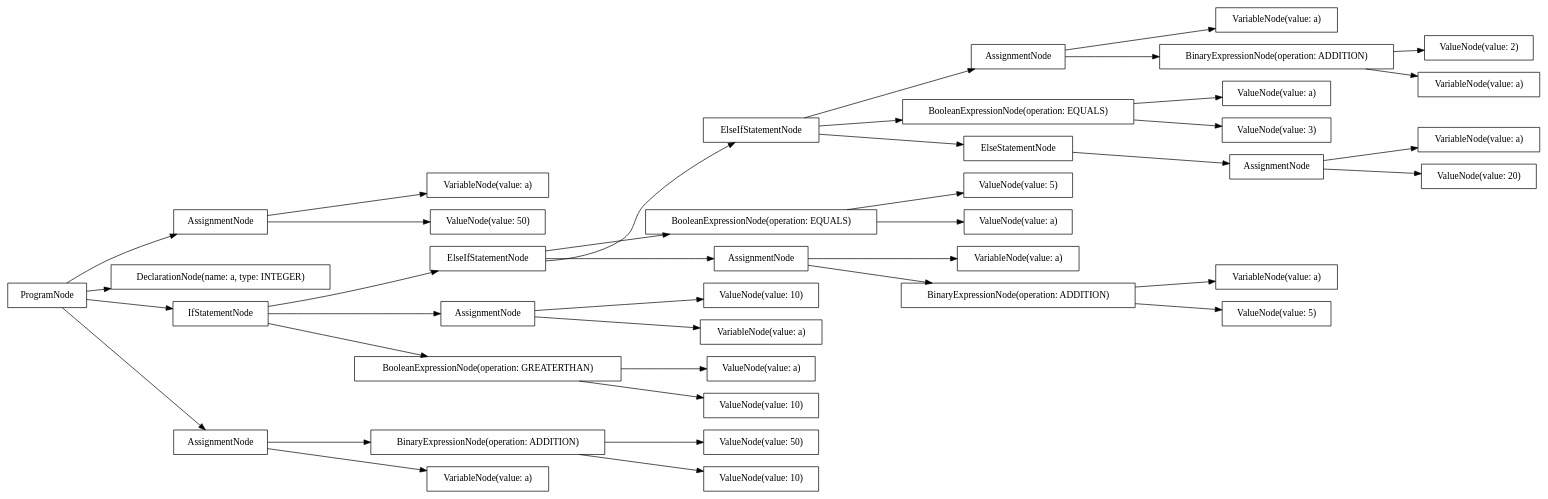
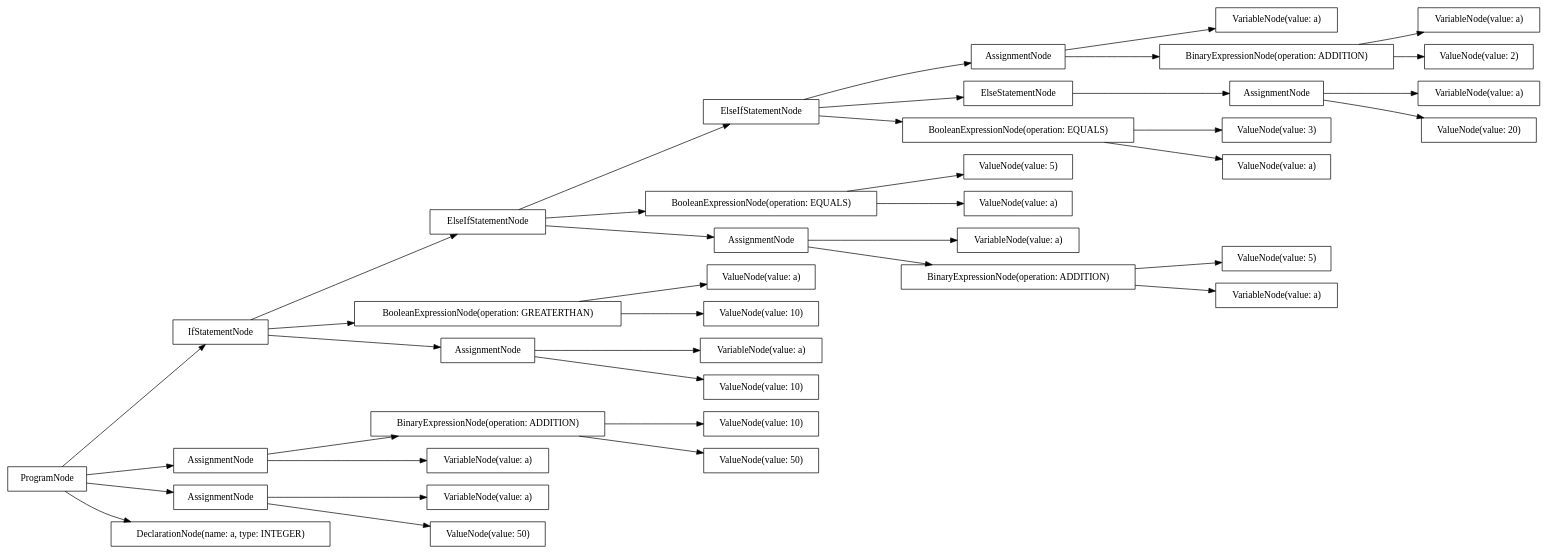
One commit to AtLeastITry/ANTLR-Python-Compiler changed the diagram in src/output/dot/example-boolean.dot. Above: the diagram before and after it, drawn with Graphviz. The commit also changed 10 other files, not shown here.

```diff
--- a/src/output/dot/example-boolean.dot
+++ b/src/output/dot/example-boolean.dot
@@ -1,80 +1,80 @@
 digraph G {
 rankdir=LR
-"67dcd1a4-a89f-432d-a455-d7ac57125c61" [label="VariableNode(value: a)" shape="box"];
-"af503a5e-ca06-4830-81cd-aa96f2b8765a" [label="ValueNode(value: 50)" shape="box"];
-"637afd98-0511-49d7-8836-c6ba24b6ef5c" [label="ValueNode(value: 2)" shape="box"];
-"813e0ff4-914d-47d6-a93f-7b4127fb0557" [label="VariableNode(value: a)" shape="box"];
-"95dea026-1017-4a9b-a854-e579669f8405" [label="VariableNode(value: a)" shape="box"];
-"de0d66fd-8857-4d8a-b1e0-39572a2e39f0" [label="ElseIfStatementNode" shape="box"];
-"a368608e-0c48-45e5-bf1b-b42200b8a08d" [label="AssignmentNode" shape="box"];
-"8f349314-6376-4227-a1a0-31b584e984c4" [label="AssignmentNode" shape="box"];
-"b6c8a02b-6861-4e76-a162-0541d09c7701" [label="DeclarationNode(name: a, type: INTEGER)" shape="box"];
-"bb6c4e8b-d5cf-47f9-a144-b8ffe513d7f2" [label="ElseIfStatementNode" shape="box"];
-"47910ff6-83e2-4792-aaa1-77b5f37a69f5" [label="AssignmentNode" shape="box"];
-"0579035c-433b-4a15-b4d4-991227863904" [label="ValueNode(value: 50)" shape="box"];
-"e6fe4c78-aad0-4823-abfc-987be7aa8417" [label="ValueNode(value: a)" shape="box"];
-"a5bee8c0-46fc-4c1f-a96b-7928d4c2594d" [label="ValueNode(value: a)" shape="box"];
-"6b4b88ef-5edf-4d18-85f2-d88ecbb046bc" [label="VariableNode(value: a)" shape="box"];
-"4e82038e-174f-4d6e-81a1-7477d4937ebc" [label="ValueNode(value: 10)" shape="box"];
-"6fb1b7a2-4411-41a0-8a8b-eca64d86bcdd" [label="VariableNode(value: a)" shape="box"];
-"49cd844d-2e36-4660-85de-f603c82de6b3" [label="BooleanExpressionNode(operation: GREATERTHAN)" shape="box"];
-"ac3e18f4-24cf-44ec-86e1-7900c5045f5b" [label="VariableNode(value: a)" shape="box"];
-"47f27fa0-7690-49b6-9506-0820c9cd9285" [label="ValueNode(value: 5)" shape="box"];
-"bb8cf287-d78f-4eed-9e48-98adc134d626" [label="ValueNode(value: 5)" shape="box"];
-"aa0ea21e-bb0c-4e27-8f9f-382a0833a41e" [label="ValueNode(value: a)" shape="box"];
-"9b0c924b-58b5-426a-8bba-5f64910d636f" [label="AssignmentNode" shape="box"];
-"b0957cbd-8fce-4014-85a2-b9ac90ba7360" [label="BooleanExpressionNode(operation: EQUALS)" shape="box"];
-"88ba3979-832a-43f3-a224-89f49103ffe3" [label="BooleanExpressionNode(operation: EQUALS)" shape="box"];
-"29f12f2a-e58a-45bb-9c7c-c596e7f2a019" [label="BinaryExpressionNode(operation: ADDITION)" shape="box"];
-"a4af3d8f-31ae-467d-8e27-0224626d4376" [label="ElseStatementNode" shape="box"];
-"3e146687-45bd-4957-8822-63b0ec7285f6" [label="AssignmentNode" shape="box"];
-"3763a1e2-ad45-469a-b688-db0f541de6f1" [label="ValueNode(value: 20)" shape="box"];
-"bdfe5775-7834-4853-9b9e-89b01e7d720a" [label="BinaryExpressionNode(operation: ADDITION)" shape="box"];
-"4ddbf3e9-b623-40f4-b2f0-05aea7246329" [label="VariableNode(value: a)" shape="box"];
-"eb1def5e-efc7-40af-9704-08aff58cf93b" [label="IfStatementNode" shape="box"];
-"b2fcd581-be9a-412c-aebb-f661e55f6436" [label="AssignmentNode" shape="box"];
-"e643cdcb-1eca-48f0-aa5a-1c4197134c47" [label="ValueNode(value: 10)" shape="box"];
-"8dc7b8f0-1501-44f7-956c-066913eb6151" [label="ValueNode(value: 10)" shape="box"];
-"4bbcc268-5655-4f48-bac9-5fa54c4003da" [label="ProgramNode" shape="box"];
-"1d6d21cd-1c1e-4ca0-9aed-560ab09b3f9d" [label="VariableNode(value: a)" shape="box"];
-"10821633-1883-45d8-a1f3-4cd33b245ed1" [label="BinaryExpressionNode(operation: ADDITION)" shape="box"];
-"60f2f233-127b-4f35-bf6a-b833135f8436" [label="ValueNode(value: 3)" shape="box"];
-"4bbcc268-5655-4f48-bac9-5fa54c4003da" -> "b6c8a02b-6861-4e76-a162-0541d09c7701";
-"4bbcc268-5655-4f48-bac9-5fa54c4003da" -> "a368608e-0c48-45e5-bf1b-b42200b8a08d";
-"a368608e-0c48-45e5-bf1b-b42200b8a08d" -> "67dcd1a4-a89f-432d-a455-d7ac57125c61";
-"a368608e-0c48-45e5-bf1b-b42200b8a08d" -> "0579035c-433b-4a15-b4d4-991227863904";
-"4bbcc268-5655-4f48-bac9-5fa54c4003da" -> "eb1def5e-efc7-40af-9704-08aff58cf93b";
-"eb1def5e-efc7-40af-9704-08aff58cf93b" -> "49cd844d-2e36-4660-85de-f603c82de6b3";
-"49cd844d-2e36-4660-85de-f603c82de6b3" -> "a5bee8c0-46fc-4c1f-a96b-7928d4c2594d";
-"49cd844d-2e36-4660-85de-f603c82de6b3" -> "4e82038e-174f-4d6e-81a1-7477d4937ebc";
-"eb1def5e-efc7-40af-9704-08aff58cf93b" -> "8f349314-6376-4227-a1a0-31b584e984c4";
-"8f349314-6376-4227-a1a0-31b584e984c4" -> "1d6d21cd-1c1e-4ca0-9aed-560ab09b3f9d";
-"8f349314-6376-4227-a1a0-31b584e984c4" -> "8dc7b8f0-1501-44f7-956c-066913eb6151";
-"eb1def5e-efc7-40af-9704-08aff58cf93b" -> "de0d66fd-8857-4d8a-b1e0-39572a2e39f0";
-"de0d66fd-8857-4d8a-b1e0-39572a2e39f0" -> "88ba3979-832a-43f3-a224-89f49103ffe3";
-"88ba3979-832a-43f3-a224-89f49103ffe3" -> "aa0ea21e-bb0c-4e27-8f9f-382a0833a41e";
-"88ba3979-832a-43f3-a224-89f49103ffe3" -> "bb8cf287-d78f-4eed-9e48-98adc134d626";
-"de0d66fd-8857-4d8a-b1e0-39572a2e39f0" -> "3e146687-45bd-4957-8822-63b0ec7285f6";
-"3e146687-45bd-4957-8822-63b0ec7285f6" -> "6b4b88ef-5edf-4d18-85f2-d88ecbb046bc";
-"3e146687-45bd-4957-8822-63b0ec7285f6" -> "10821633-1883-45d8-a1f3-4cd33b245ed1";
-"10821633-1883-45d8-a1f3-4cd33b245ed1" -> "ac3e18f4-24cf-44ec-86e1-7900c5045f5b";
-"10821633-1883-45d8-a1f3-4cd33b245ed1" -> "47f27fa0-7690-49b6-9506-0820c9cd9285";
-"de0d66fd-8857-4d8a-b1e0-39572a2e39f0" -> "bb6c4e8b-d5cf-47f9-a144-b8ffe513d7f2";
-"bb6c4e8b-d5cf-47f9-a144-b8ffe513d7f2" -> "b0957cbd-8fce-4014-85a2-b9ac90ba7360";
-"b0957cbd-8fce-4014-85a2-b9ac90ba7360" -> "e6fe4c78-aad0-4823-abfc-987be7aa8417";
-"b0957cbd-8fce-4014-85a2-b9ac90ba7360" -> "60f2f233-127b-4f35-bf6a-b833135f8436";
-"bb6c4e8b-d5cf-47f9-a144-b8ffe513d7f2" -> "9b0c924b-58b5-426a-8bba-5f64910d636f";
-"9b0c924b-58b5-426a-8bba-5f64910d636f" -> "813e0ff4-914d-47d6-a93f-7b4127fb0557";
-"9b0c924b-58b5-426a-8bba-5f64910d636f" -> "29f12f2a-e58a-45bb-9c7c-c596e7f2a019";
-"29f12f2a-e58a-45bb-9c7c-c596e7f2a019" -> "95dea026-1017-4a9b-a854-e579669f8405";
-"29f12f2a-e58a-45bb-9c7c-c596e7f2a019" -> "637afd98-0511-49d7-8836-c6ba24b6ef5c";
-"bb6c4e8b-d5cf-47f9-a144-b8ffe513d7f2" -> "a4af3d8f-31ae-467d-8e27-0224626d4376";
-"a4af3d8f-31ae-467d-8e27-0224626d4376" -> "47910ff6-83e2-4792-aaa1-77b5f37a69f5";
-"47910ff6-83e2-4792-aaa1-77b5f37a69f5" -> "6fb1b7a2-4411-41a0-8a8b-eca64d86bcdd";
-"47910ff6-83e2-4792-aaa1-77b5f37a69f5" -> "3763a1e2-ad45-469a-b688-db0f541de6f1";
-"4bbcc268-5655-4f48-bac9-5fa54c4003da" -> "b2fcd581-be9a-412c-aebb-f661e55f6436";
-"b2fcd581-be9a-412c-aebb-f661e55f6436" -> "4ddbf3e9-b623-40f4-b2f0-05aea7246329";
-"b2fcd581-be9a-412c-aebb-f661e55f6436" -> "bdfe5775-7834-4853-9b9e-89b01e7d720a";
-"bdfe5775-7834-4853-9b9e-89b01e7d720a" -> "e643cdcb-1eca-48f0-aa5a-1c4197134c47";
-"bdfe5775-7834-4853-9b9e-89b01e7d720a" -> "af503a5e-ca06-4830-81cd-aa96f2b8765a";
+"bc3b9168-ba56-417f-bb44-730d80153264" [label="IfStatementNode" shape="box"];
+"7d1b5cd7-041a-4214-8b0c-4190f10e7314" [label="VariableNode(value: a)" shape="box"];
+"ec715eb9-ec37-4f98-8b71-de16bed05ad6" [label="ValueNode(value: 5)" shape="box"];
+"a48a975c-b6b1-4bb4-bf94-3124ff791792" [label="ElseIfStatementNode" shape="box"];
+"0fdae7f7-924c-4df9-b1bd-b477de1f2204" [label="AssignmentNode" shape="box"];
+"96797982-0468-4412-97fc-6fcc701915e3" [label="BinaryExpressionNode(operation: ADDITION)" shape="box"];
+"2ba10275-4008-4660-abed-29eee80047b1" [label="VariableNode(value: a)" shape="box"];
+"5ef08eb2-1059-4982-91fa-b7448d42062b" [label="ElseIfStatementNode" shape="box"];
+"78c82188-996b-4832-9a1c-47eac4a29f5c" [label="BooleanExpressionNode(operation: EQUALS)" shape="box"];
+"bef34865-3134-47d2-b832-40af1757e5e8" [label="AssignmentNode" shape="box"];
+"3611afc8-2429-40a8-a7cc-c92e4c439aeb" [label="ValueNode(value: 10)" shape="box"];
+"a9d19df7-4dfa-4e6d-800d-cd91b7cc9937" [label="VariableNode(value: a)" shape="box"];
+"c68ba8b3-07ec-4c4a-a72f-3640f2cee9e8" [label="VariableNode(value: a)" shape="box"];
+"4794fe19-b33c-43f0-b32a-d118e59eaff4" [label="BooleanExpressionNode(operation: GREATERTHAN)" shape="box"];
+"afdff7eb-910b-4d6a-8e4e-7156b74d0199" [label="ValueNode(value: a)" shape="box"];
+"7e84e3ea-1ba4-4578-ad88-8a4a1ac6b3af" [label="ValueNode(value: 10)" shape="box"];
+"7c4011fb-6b76-4d71-8b53-35780efa2836" [label="AssignmentNode" shape="box"];
+"a9bffae6-cc4c-4d41-a5af-696797376235" [label="VariableNode(value: a)" shape="box"];
+"9993c90b-51be-4ae0-a346-816fd9b43b44" [label="ValueNode(value: 2)" shape="box"];
+"235d9407-1bc6-4d94-8cc2-da38d29ff749" [label="DeclarationNode(name: a, type: INTEGER)" shape="box"];
+"4096fec7-9113-4e6b-ad57-6a24dd490376" [label="AssignmentNode" shape="box"];
+"fb6be650-c53b-41c8-b7b3-080d7564d9f7" [label="BinaryExpressionNode(operation: ADDITION)" shape="box"];
+"d25ffc4b-0967-4bfa-ad1c-1bdf351b3374" [label="ValueNode(value: 5)" shape="box"];
+"cb9c5884-7c38-43e6-8c45-c90e25a0edc8" [label="ValueNode(value: 3)" shape="box"];
+"49189fb2-2745-4702-948a-955929570c4f" [label="AssignmentNode" shape="box"];
+"eb042410-dc02-43a8-bfa5-4d724fce500d" [label="VariableNode(value: a)" shape="box"];
+"f698a500-b9dc-4207-be5b-cc0d29ba6143" [label="VariableNode(value: a)" shape="box"];
+"d8222e99-e210-4dd0-ab9f-23ea15fb7598" [label="ValueNode(value: 50)" shape="box"];
+"3257e273-05f3-46ad-bebb-77027c0173b2" [label="ElseStatementNode" shape="box"];
+"7f5caf14-4c76-419a-95dd-3a2b136e648d" [label="ValueNode(value: a)" shape="box"];
+"7f5bea59-027e-40c1-b242-6173bc60831e" [label="AssignmentNode" shape="box"];
+"c7481d79-b55e-4584-9eaf-fe5b3c553a79" [label="ValueNode(value: 50)" shape="box"];
+"df3e42e3-0d39-4f91-bb47-b1e0481604bc" [label="ValueNode(value: 20)" shape="box"];
+"2f19594f-d533-45e2-952e-777f2bc8d5a4" [label="ProgramNode" shape="box"];
+"dc26baf2-dc53-4b27-9008-f73f6037ef1d" [label="BooleanExpressionNode(operation: EQUALS)" shape="box"];
+"9d9b220c-d129-44bf-a2d4-8adc660ef279" [label="ValueNode(value: 10)" shape="box"];
+"dfed1236-3062-4cc8-ab09-9b770cbddb0c" [label="VariableNode(value: a)" shape="box"];
+"0d4048da-3961-41cc-be84-cc8fadfd0a7e" [label="ValueNode(value: a)" shape="box"];
+"93c0b487-b8ea-45cc-b6c3-541e78bace79" [label="BinaryExpressionNode(operation: ADDITION)" shape="box"];
+"2f19594f-d533-45e2-952e-777f2bc8d5a4" -> "235d9407-1bc6-4d94-8cc2-da38d29ff749";
+"2f19594f-d533-45e2-952e-777f2bc8d5a4" -> "bef34865-3134-47d2-b832-40af1757e5e8";
+"bef34865-3134-47d2-b832-40af1757e5e8" -> "f698a500-b9dc-4207-be5b-cc0d29ba6143";
+"bef34865-3134-47d2-b832-40af1757e5e8" -> "d8222e99-e210-4dd0-ab9f-23ea15fb7598";
+"2f19594f-d533-45e2-952e-777f2bc8d5a4" -> "bc3b9168-ba56-417f-bb44-730d80153264";
+"bc3b9168-ba56-417f-bb44-730d80153264" -> "4794fe19-b33c-43f0-b32a-d118e59eaff4";
+"4794fe19-b33c-43f0-b32a-d118e59eaff4" -> "afdff7eb-910b-4d6a-8e4e-7156b74d0199";
+"4794fe19-b33c-43f0-b32a-d118e59eaff4" -> "9d9b220c-d129-44bf-a2d4-8adc660ef279";
+"bc3b9168-ba56-417f-bb44-730d80153264" -> "49189fb2-2745-4702-948a-955929570c4f";
+"49189fb2-2745-4702-948a-955929570c4f" -> "2ba10275-4008-4660-abed-29eee80047b1";
+"49189fb2-2745-4702-948a-955929570c4f" -> "3611afc8-2429-40a8-a7cc-c92e4c439aeb";
+"bc3b9168-ba56-417f-bb44-730d80153264" -> "5ef08eb2-1059-4982-91fa-b7448d42062b";
+"5ef08eb2-1059-4982-91fa-b7448d42062b" -> "78c82188-996b-4832-9a1c-47eac4a29f5c";
+"78c82188-996b-4832-9a1c-47eac4a29f5c" -> "7f5caf14-4c76-419a-95dd-3a2b136e648d";
+"78c82188-996b-4832-9a1c-47eac4a29f5c" -> "ec715eb9-ec37-4f98-8b71-de16bed05ad6";
+"5ef08eb2-1059-4982-91fa-b7448d42062b" -> "4096fec7-9113-4e6b-ad57-6a24dd490376";
+"4096fec7-9113-4e6b-ad57-6a24dd490376" -> "c68ba8b3-07ec-4c4a-a72f-3640f2cee9e8";
+"4096fec7-9113-4e6b-ad57-6a24dd490376" -> "fb6be650-c53b-41c8-b7b3-080d7564d9f7";
+"fb6be650-c53b-41c8-b7b3-080d7564d9f7" -> "dfed1236-3062-4cc8-ab09-9b770cbddb0c";
+"fb6be650-c53b-41c8-b7b3-080d7564d9f7" -> "d25ffc4b-0967-4bfa-ad1c-1bdf351b3374";
+"5ef08eb2-1059-4982-91fa-b7448d42062b" -> "a48a975c-b6b1-4bb4-bf94-3124ff791792";
+"a48a975c-b6b1-4bb4-bf94-3124ff791792" -> "dc26baf2-dc53-4b27-9008-f73f6037ef1d";
+"dc26baf2-dc53-4b27-9008-f73f6037ef1d" -> "0d4048da-3961-41cc-be84-cc8fadfd0a7e";
+"dc26baf2-dc53-4b27-9008-f73f6037ef1d" -> "cb9c5884-7c38-43e6-8c45-c90e25a0edc8";
+"a48a975c-b6b1-4bb4-bf94-3124ff791792" -> "7c4011fb-6b76-4d71-8b53-35780efa2836";
+"7c4011fb-6b76-4d71-8b53-35780efa2836" -> "eb042410-dc02-43a8-bfa5-4d724fce500d";
+"7c4011fb-6b76-4d71-8b53-35780efa2836" -> "93c0b487-b8ea-45cc-b6c3-541e78bace79";
+"93c0b487-b8ea-45cc-b6c3-541e78bace79" -> "a9bffae6-cc4c-4d41-a5af-696797376235";
+"93c0b487-b8ea-45cc-b6c3-541e78bace79" -> "9993c90b-51be-4ae0-a346-816fd9b43b44";
+"a48a975c-b6b1-4bb4-bf94-3124ff791792" -> "3257e273-05f3-46ad-bebb-77027c0173b2";
+"3257e273-05f3-46ad-bebb-77027c0173b2" -> "7f5bea59-027e-40c1-b242-6173bc60831e";
+"7f5bea59-027e-40c1-b242-6173bc60831e" -> "7d1b5cd7-041a-4214-8b0c-4190f10e7314";
+"7f5bea59-027e-40c1-b242-6173bc60831e" -> "df3e42e3-0d39-4f91-bb47-b1e0481604bc";
+"2f19594f-d533-45e2-952e-777f2bc8d5a4" -> "0fdae7f7-924c-4df9-b1bd-b477de1f2204";
+"0fdae7f7-924c-4df9-b1bd-b477de1f2204" -> "a9d19df7-4dfa-4e6d-800d-cd91b7cc9937";
+"0fdae7f7-924c-4df9-b1bd-b477de1f2204" -> "96797982-0468-4412-97fc-6fcc701915e3";
+"96797982-0468-4412-97fc-6fcc701915e3" -> "7e84e3ea-1ba4-4578-ad88-8a4a1ac6b3af";
+"96797982-0468-4412-97fc-6fcc701915e3" -> "c7481d79-b55e-4584-9eaf-fe5b3c553a79";
 }
```
